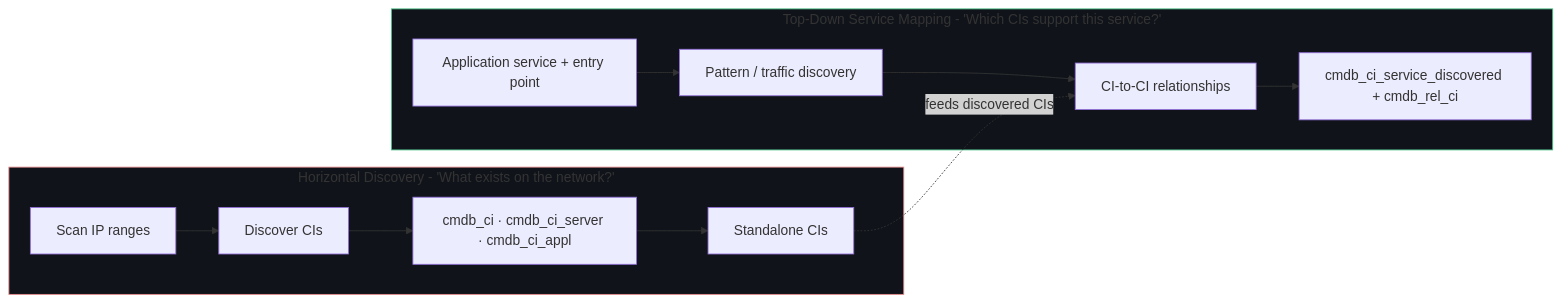
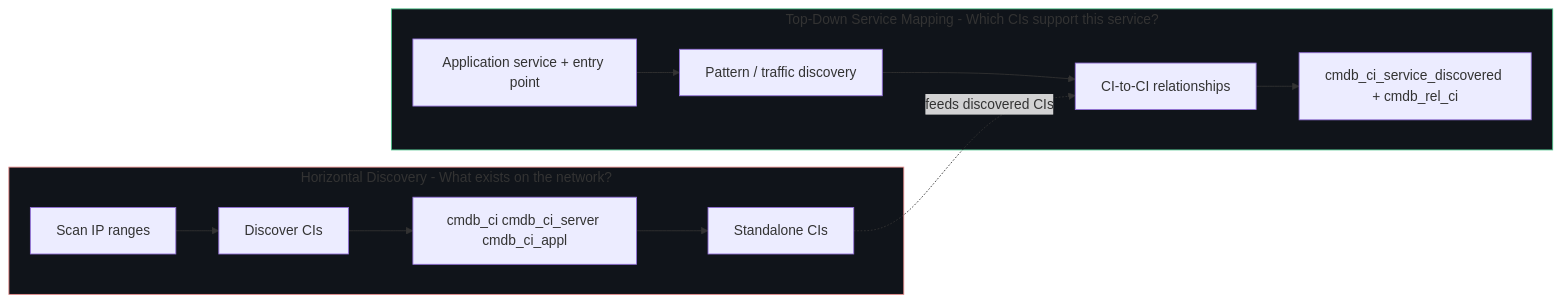
The fifth of 6 diagrams in docs/modules/servicemapping/servicemapping-guide.md (eltonaguiar/ServiceNow_Learning_TSOM-_CSM_FSM_SalesCRM_HAM_ITSM), drawn with Mermaid before and after one commit. The commit also changed other lines of this file and 18 other files, not shown here.

First line of the commit message:
Fix all Mermaid diagram syntax errors across the site

````diff
--- a/docs/modules/servicemapping/servicemapping-guide.md
+++ b/docs/modules/servicemapping/servicemapping-guide.md
@@ -454,20 +454,20 @@
 ```mermaid
 flowchart LR
-    subgraph HD["Horizontal Discovery - 'What exists on the network?'"]
-        H1["Scan IP ranges"] --> H2["Discover CIs"]
-        H2 --> H3["cmdb_ci · cmdb_ci_server · cmdb_ci_appl"]
-        H3 --> H4["Standalone CIs"]
+    subgraph HD[Horizontal Discovery - What exists on the network?]
+        H1[Scan IP ranges] --> H2[Discover CIs]
+        H2 --> H3[cmdb_ci cmdb_ci_server cmdb_ci_appl]
+        H3 --> H4[Standalone CIs]
     end
 
-    subgraph SM["Top-Down Service Mapping - 'Which CIs support this service?'"]
-        S1["Application service + entry point"] --> S2["Pattern / traffic discovery"]
-        S2 --> S3["CI-to-CI relationships"]
-        S3 --> S4["cmdb_ci_service_discovered + cmdb_rel_ci"]
+    subgraph SM[Top-Down Service Mapping - Which CIs support this service?]
+        S1[Application service + entry point] --> S2[Pattern / traffic discovery]
+        S2 --> S3[CI-to-CI relationships]
+        S3 --> S4[cmdb_ci_service_discovered + cmdb_rel_ci]
     end
 
     H4 -.->|feeds discovered CIs| S3
 
     style HD fill:#10141a,stroke:#e58a8a
     style SM fill:#10141a,stroke:#4cc38a
 
 ```
````
